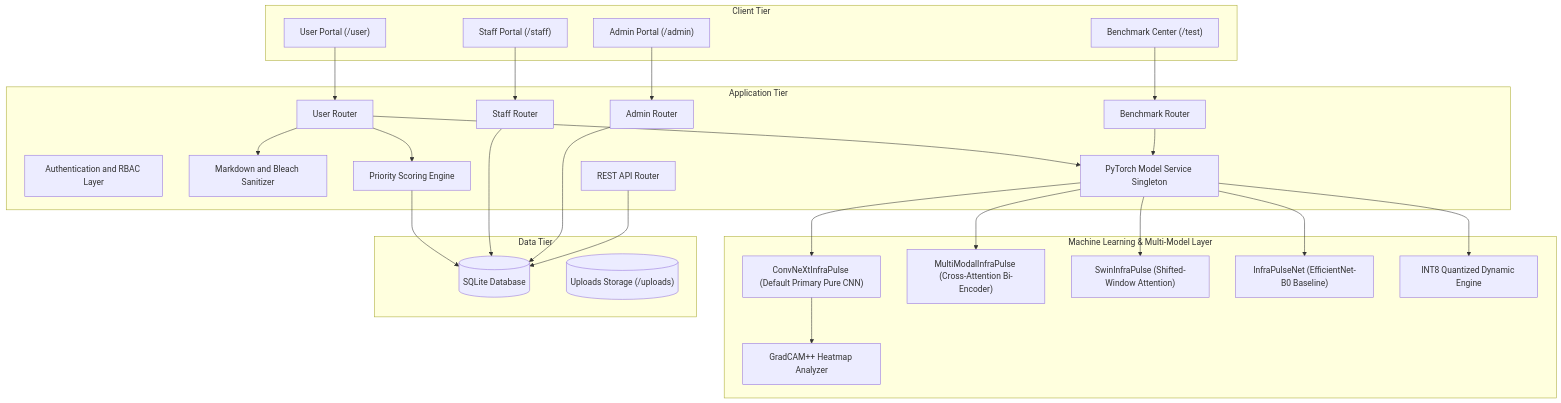
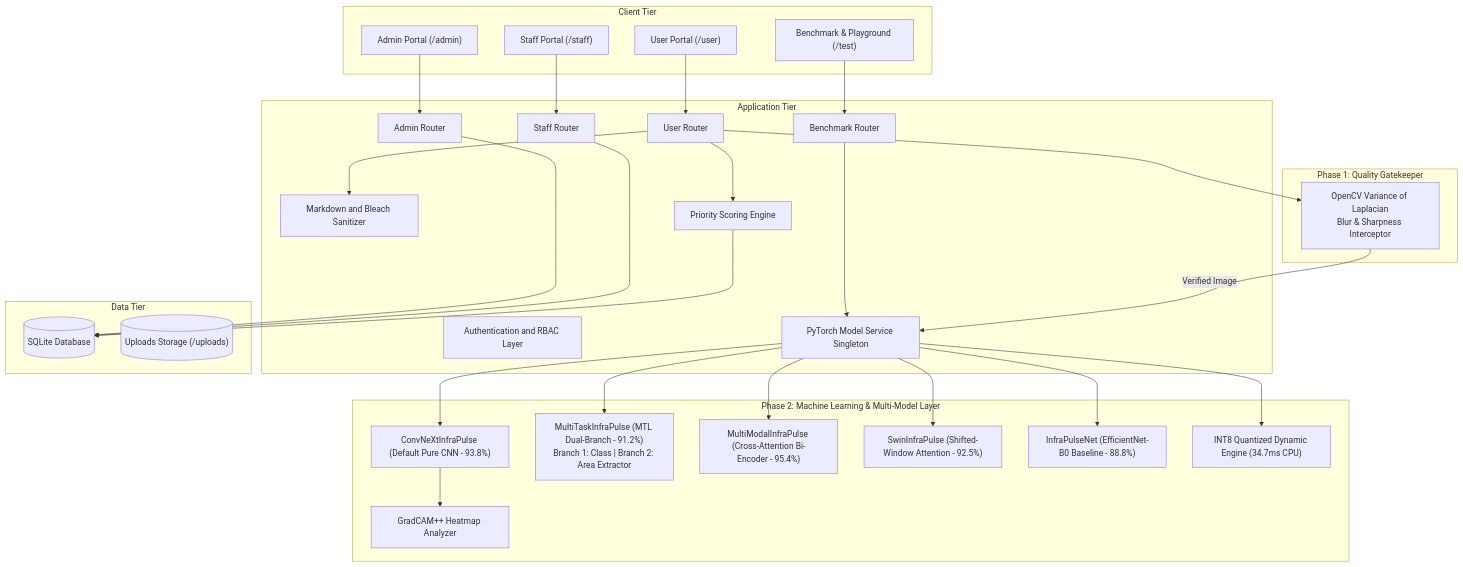
Before and after one commit to Bittu5134/InfraPulse: the diagram in docs/DESIGN_DOCUMENT.md, drawn with Mermaid. The commit also changed other lines of this file and 9 other files, not shown here.

Commit message:
feat(cv): implement Phase 1 Quality Gatekeeper (Laplacian sharpness) and Phase 2 Multi-Task Learning (MTL) Dual-Branch model

````diff
--- a/docs/DESIGN_DOCUMENT.md
+++ b/docs/DESIGN_DOCUMENT.md
@@ -27,53 +30,59 @@
 ```mermaid
 graph TB
     subgraph Client_Tier ["Client Tier"]
         UI_User["User Portal (/user)"]
         UI_Staff["Staff Portal (/staff)"]
         UI_Admin["Admin Portal (/admin)"]
-        UI_Bench["Benchmark Center (/test)"]
+        UI_Bench["Benchmark & Playground (/test)"]
+    end
+
+    subgraph Phase1 ["Phase 1: Quality Gatekeeper"]
+        QG["OpenCV Variance of Laplacian<br/>Blur & Sharpness Interceptor"]
     end
 
     subgraph Application_Tier ["Application Tier"]
         Auth["Authentication and RBAC Layer"]
         MDEngine["Markdown and Bleach Sanitizer"]
         UserRouter["User Router"]
         StaffRouter["Staff Router"]
         AdminRouter["Admin Router"]
         BenchRouter["Benchmark Router"]
-        APIRouter["REST API Router"]
         PriorityEngine["Priority Scoring Engine"]
         ModelService["PyTorch Model Service Singleton"]
     end
 
-    subgraph CV_Tier ["Machine Learning & Multi-Model Layer"]
-        Conv["ConvNeXtInfraPulse (Default Primary Pure CNN)"]
-        MM["MultiModalInfraPulse (Cross-Attention Bi-Encoder)"]
-        Swin["SwinInfraPulse (Shifted-Window Attention)"]
-        Base["InfraPulseNet (EfficientNet-B0 Baseline)"]
-        Q8["INT8 Quantized Dynamic Engine"]
+    subgraph Phase2 ["Phase 2: Machine Learning & Multi-Model Layer"]
+        Conv["ConvNeXtInfraPulse (Default Pure CNN - 93.8%)"]
+        MTL["MultiTaskInfraPulse (MTL Dual-Branch - 91.2%)<br/>Branch 1: Class | Branch 2: Area Extractor"]
+        MM["MultiModalInfraPulse (Cross-Attention Bi-Encoder - 95.4%)"]
+        Swin["SwinInfraPulse (Shifted-Window Attention - 92.5%)"]
+        Base["InfraPulseNet (EfficientNet-B0 Baseline - 88.8%)"]
+        Q8["INT8 Quantized Dynamic Engine (34.7ms CPU)"]
         GradCAM["GradCAM++ Heatmap Analyzer"]
     end
 
     subgraph Data_Tier ["Data Tier"]
         DB[("SQLite Database")]
         Storage[("Uploads Storage (/uploads)")]
     end
 
     UI_User --> UserRouter
     UI_Staff --> StaffRouter
     UI_Admin --> AdminRouter
     UI_Bench --> BenchRouter
 
+    UserRouter --> QG
+    QG -->|Verified Image| ModelService
     UserRouter --> MDEngine
-    UserRouter --> ModelService --> Conv --> GradCAM
+    ModelService --> Conv --> GradCAM
+    ModelService --> MTL
     ModelService --> MM
     ModelService --> Swin
     ModelService --> Base
     ModelService --> Q8
 
     UserRouter --> PriorityEngine --> DB
     StaffRouter --> DB
     AdminRouter --> DB
-    APIRouter --> DB
     BenchRouter --> ModelService
 ```
````
